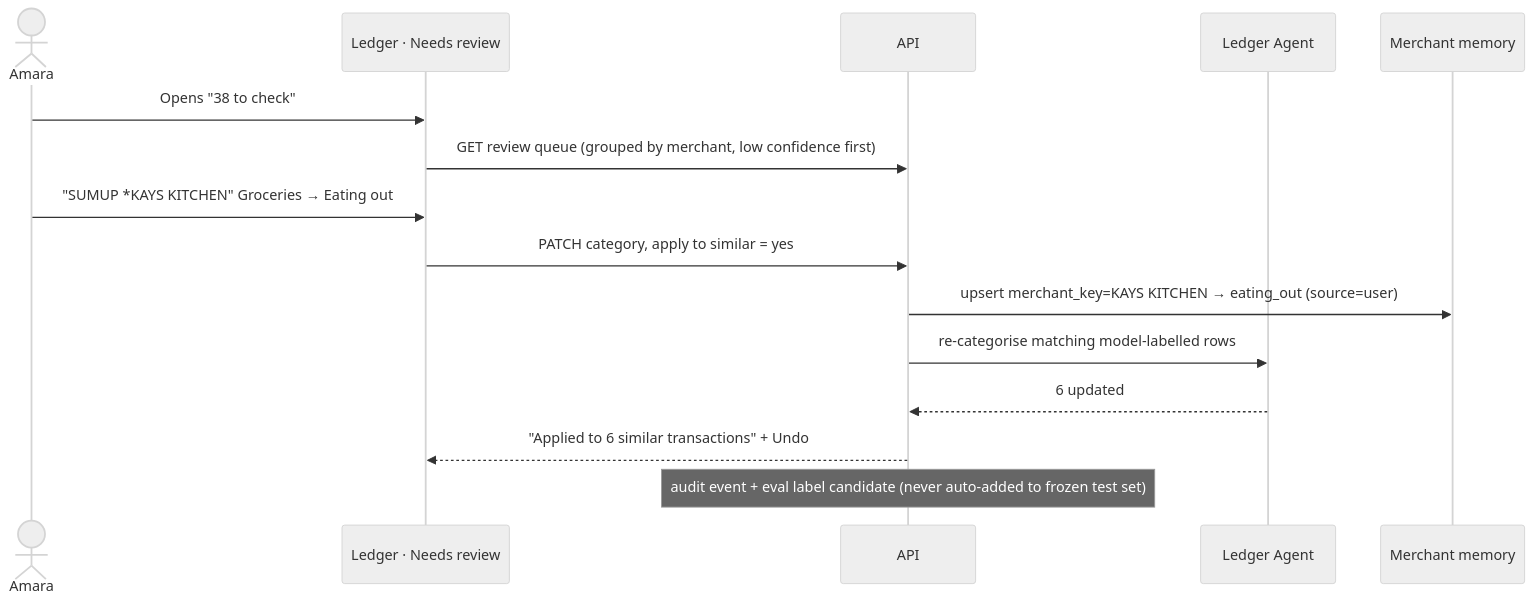
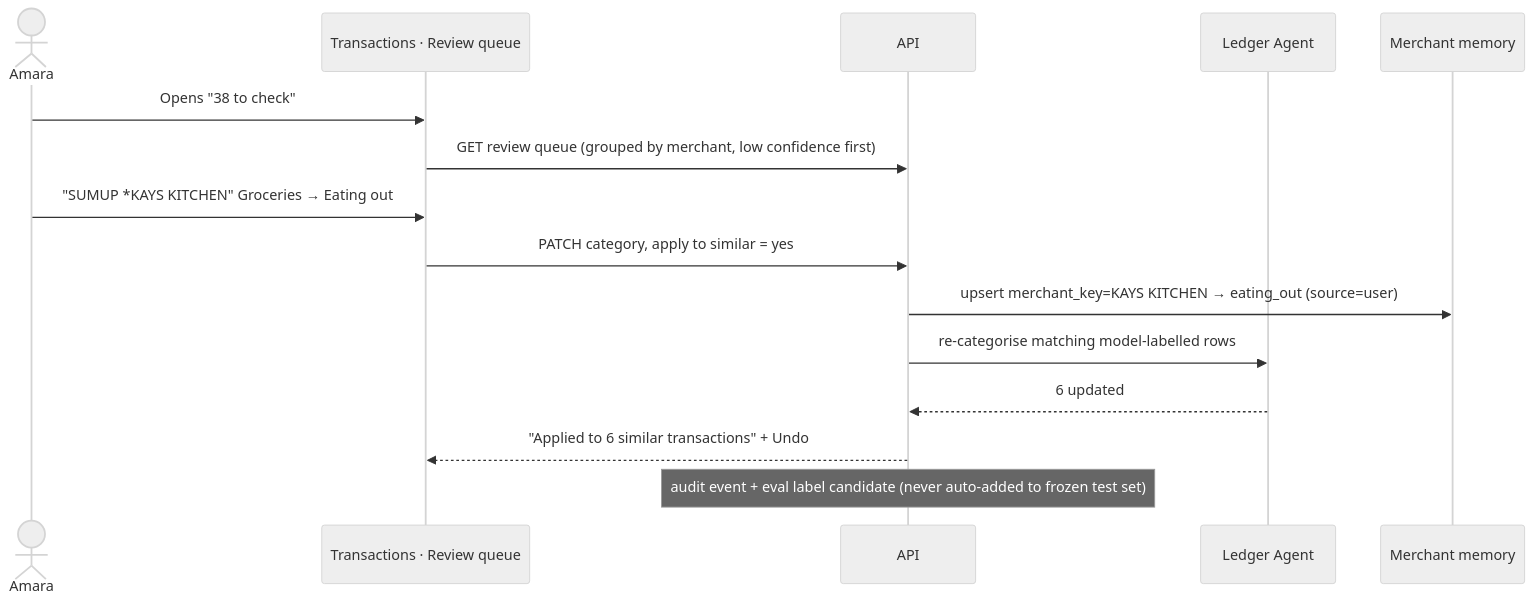
Before and after one commit to olaheavy-dev/Foresight: the fourth of 13 diagrams in docs/03-USER-JOURNEYS.md, drawn with Mermaid (neutral theme). The commit also changed other lines of this file and 122 other files, not shown here.

````diff
--- a/docs/03-USER-JOURNEYS.md
+++ b/docs/03-USER-JOURNEYS.md
@@ -144,17 +144,17 @@
 ```mermaid
 sequenceDiagram
   actor U as Amara
-  participant UI as Ledger · Needs review
+  participant UI as Transactions · Review queue
   participant API as API
   participant L as Ledger Agent
   participant MM as Merchant memory
   U->>UI: Opens "38 to check"
   UI->>API: GET review queue (grouped by merchant, low confidence first)
   U->>UI: "SUMUP *KAYS KITCHEN" Groceries → Eating out
   UI->>API: PATCH category, apply to similar = yes
   API->>MM: upsert merchant_key=KAYS KITCHEN → eating_out (source=user)
   API->>L: re-categorise matching model-labelled rows
   L-->>API: 6 updated
   API-->>UI: "Applied to 6 similar transactions" + Undo
   Note over API: audit event + eval label candidate (never auto-added to frozen test set)
 ```
````
